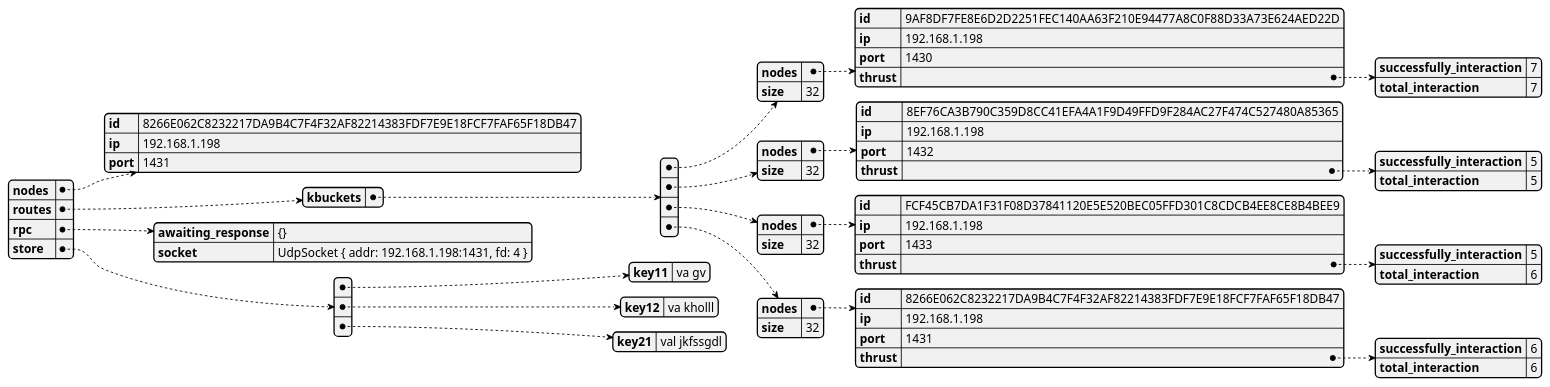
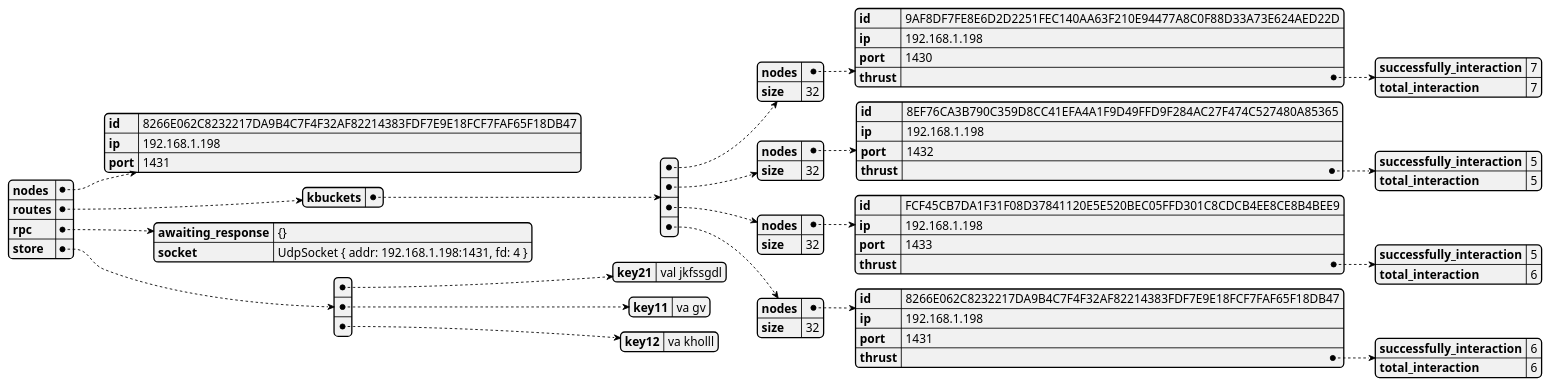
Before and after one commit to GoliathHagar/distributed_legder_kademlia: the diagram in src/distributed_legder/state_dumps/test-contact-2.json.plantuml, drawn with PlantUML. The commit also changed 9 other files, not shown here.

```diff
--- a/src/distributed_legder/state_dumps/test-contact-2.json.plantuml
+++ b/src/distributed_legder/state_dumps/test-contact-2.json.plantuml
@@ -1,3 +1,3 @@
 @startjson
-{"nodes":{"id":"8266E062C8232217DA9B4C7F4F32AF82214383FDF7E9E18FCF7FAF65F18DB47","ip":"192.168.1.198","port":1431},"routes":{"kbuckets":[{"nodes":{"id":"9AF8DF7FE8E6D2D2251FEC140AA63F210E94477A8C0F88D33A73E624AED22D","ip":"192.168.1.198","port":1430,"thrust":{"successfully_interaction":7,"total_interaction":7}},"size":32},{"nodes":{"id":"8EF76CA3B790C359D8CC41EFA4A1F9D49FFD9F284AC27F474C527480A85365","ip":"192.168.1.198","port":1432,"thrust":{"successfully_interaction":5,"total_interaction":5}},"size":32},{"nodes":{"id":"FCF45CB7DA1F31F08D37841120E5E520BEC05FFD301C8CDCB4EE8CE8B4BEE9","ip":"192.168.1.198","port":1433,"thrust":{"successfully_interaction":5,"total_interaction":6}},"size":32},{"nodes":{"id":"8266E062C8232217DA9B4C7F4F32AF82214383FDF7E9E18FCF7FAF65F18DB47","ip":"192.168.1.198","port":1431,"thrust":{"successfully_interaction":6,"total_interaction":6}},"size":32}]},"rpc":{"awaiting_response":"{}","socket":"UdpSocket { addr: 192.168.1.198:1431, fd: 4 }"},"store":[{"key11":"va gv"},{"key12":"va kholll"},{"key21":"val jkfssgdl"}]}
+{"nodes":{"id":"8266E062C8232217DA9B4C7F4F32AF82214383FDF7E9E18FCF7FAF65F18DB47","ip":"192.168.1.198","port":1431},"routes":{"kbuckets":[{"nodes":{"id":"9AF8DF7FE8E6D2D2251FEC140AA63F210E94477A8C0F88D33A73E624AED22D","ip":"192.168.1.198","port":1430,"thrust":{"successfully_interaction":7,"total_interaction":7}},"size":32},{"nodes":{"id":"8EF76CA3B790C359D8CC41EFA4A1F9D49FFD9F284AC27F474C527480A85365","ip":"192.168.1.198","port":1432,"thrust":{"successfully_interaction":5,"total_interaction":5}},"size":32},{"nodes":{"id":"FCF45CB7DA1F31F08D37841120E5E520BEC05FFD301C8CDCB4EE8CE8B4BEE9","ip":"192.168.1.198","port":1433,"thrust":{"successfully_interaction":5,"total_interaction":6}},"size":32},{"nodes":{"id":"8266E062C8232217DA9B4C7F4F32AF82214383FDF7E9E18FCF7FAF65F18DB47","ip":"192.168.1.198","port":1431,"thrust":{"successfully_interaction":6,"total_interaction":6}},"size":32}]},"rpc":{"awaiting_response":"{}","socket":"UdpSocket { addr: 192.168.1.198:1431, fd: 4 }"},"store":[{"key21":"val jkfssgdl"},{"key11":"va gv"},{"key12":"va kholll"}]}
 @endjson
```
